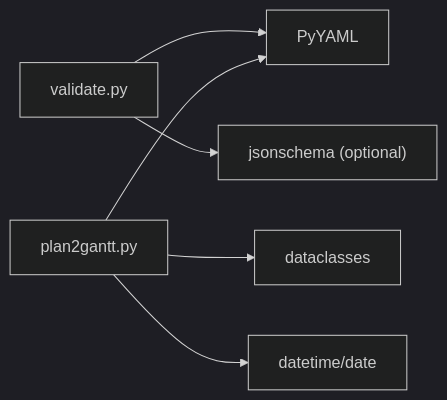
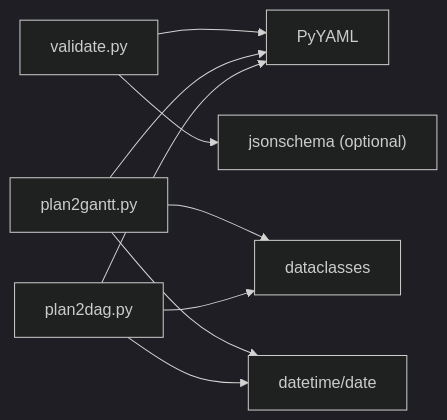
Before and after one commit to asukhodko/opskarta: the seventh of 7 diagrams in .qoder/repowiki/en/content/Tooling and Utilities/Python API Reference.md, drawn with Mermaid (dark theme). The commit also changed other lines of this file and 7 other files, not shown here.

````diff
--- a/.qoder/repowiki/en/content/Tooling and Utilities/Python API Reference.md
+++ b/.qoder/repowiki/en/content/Tooling and Utilities/Python API Reference.md
@@ -376,8 +451,11 @@
 ```mermaid
 graph LR
 Validate["validate.py"] --> PyYAML["PyYAML"]
 Validate --> JSONSchema["jsonschema (optional)"]
 Render["plan2gantt.py"] --> PyYAML
 Render --> DataClasses["dataclasses"]
 Render --> DateTime["datetime/date"]
+RenderDag["plan2dag.py"] --> PyYAML
+RenderDag --> DateTime
+RenderDag --> DataClasses
 ```
````
